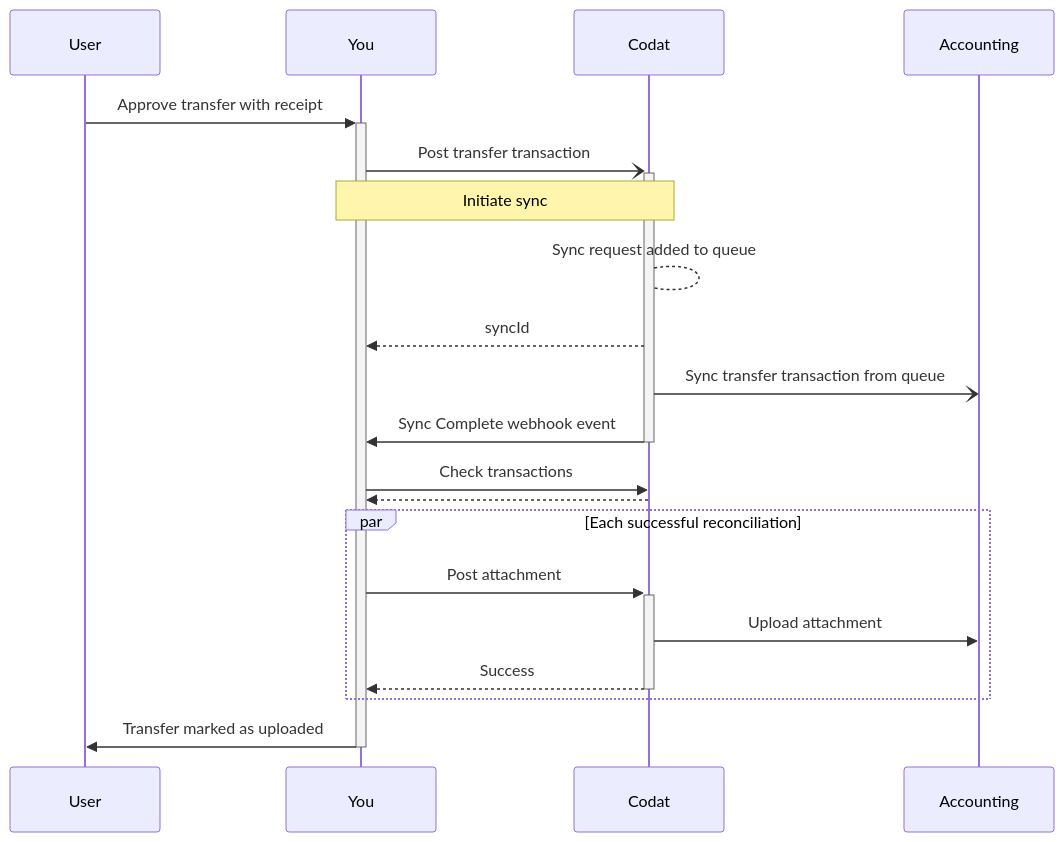
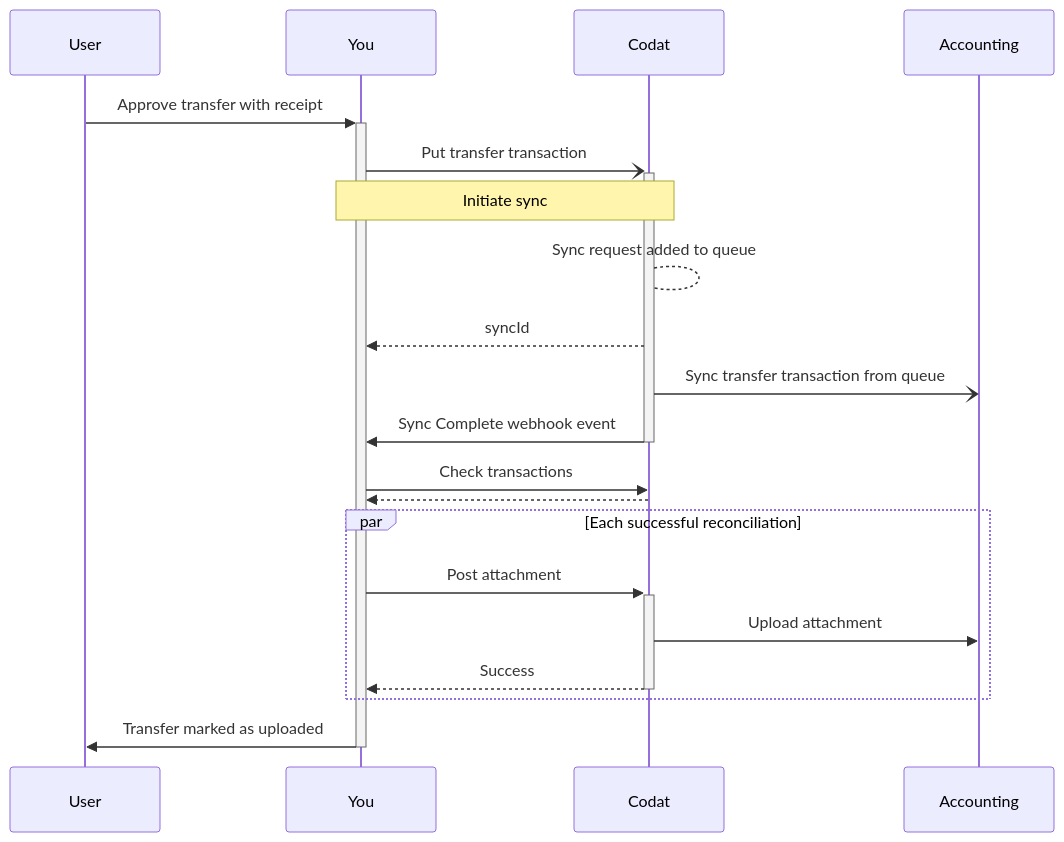
The diagram in docs/expenses/sync-process/transfer-transactions.md (codatio/codat-docs), drawn with Mermaid before and after one commit.

Commit message:
Update transfer-transactions.md
Updating to show put not post endpoint

````diff
--- a/docs/expenses/sync-process/transfer-transactions.md
+++ b/docs/expenses/sync-process/transfer-transactions.md
@@ -18,18 +18,18 @@
 ``` mermaid
 sequenceDiagram
   User->>+You: Approve transfer with receipt
-  You-)+Codat: Post transfer transaction
+  You-)+Codat: Put transfer transaction
   Note over You,Codat: Initiate sync
   Codat --> Codat: Sync request added to queue
   Codat-->>You: syncId
   Codat-)Accounting: Sync transfer transaction from queue
   Codat->>-You: Sync Complete webhook event
   You->>Codat: Check transactions
   Codat-->>You: 
   par Each successful reconciliation
     You->>+Codat: Post attachment
     Codat->>Accounting: Upload attachment
     Codat-->>-You: Success
   end
   You->>-User: Transfer marked as uploaded
 ```
````
